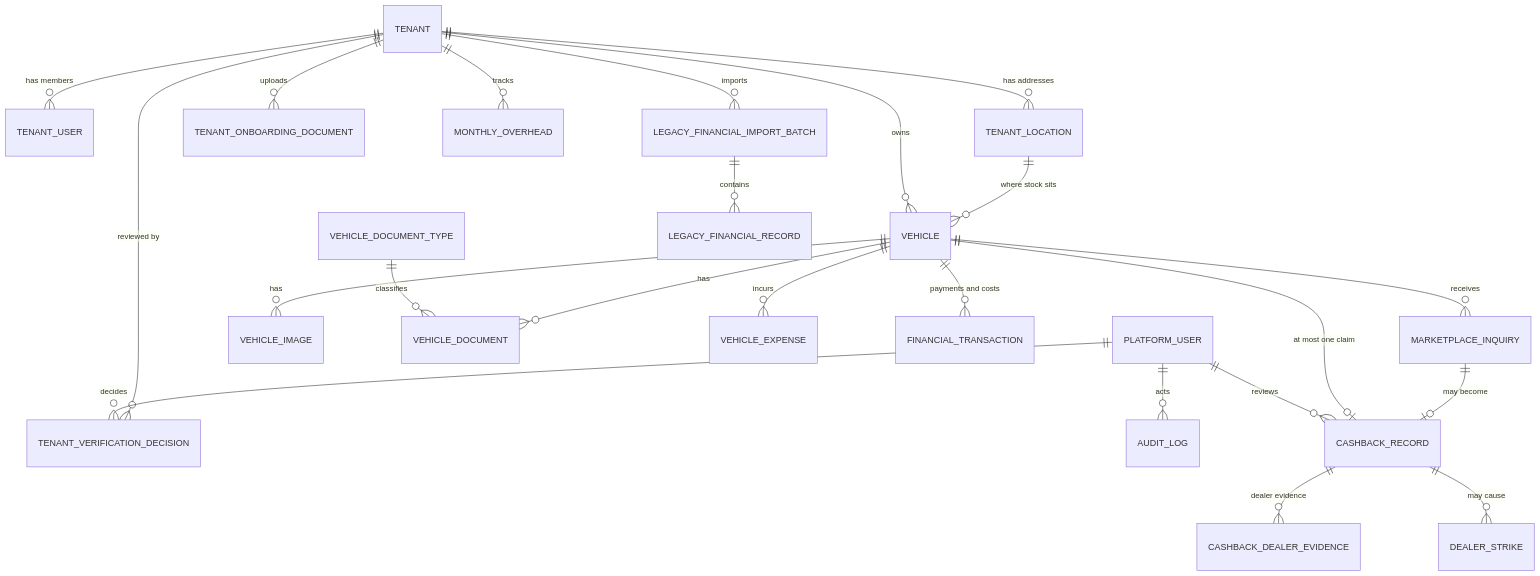
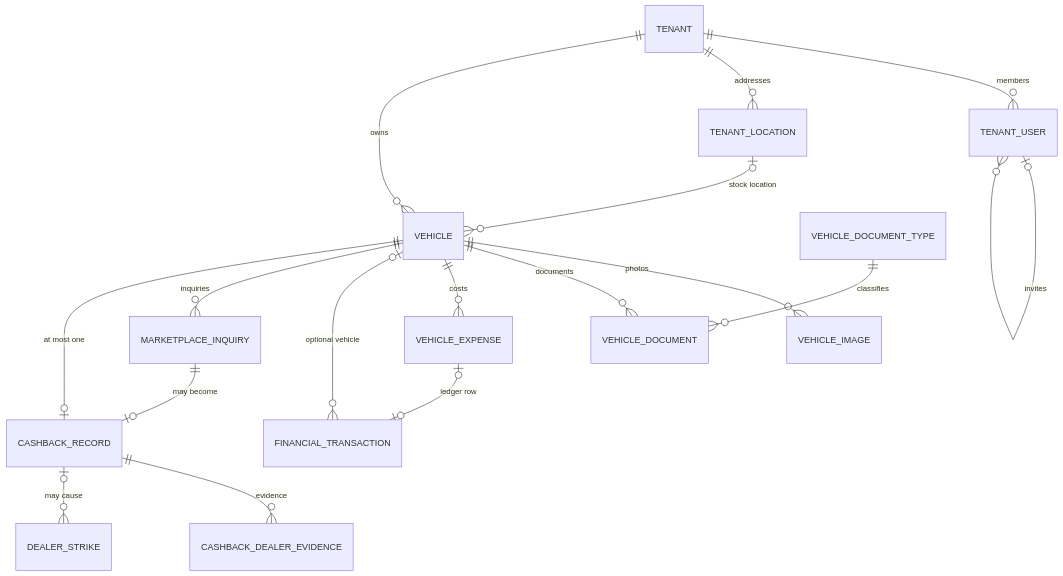
Before and after one commit to cto-dryvhub/dyvhub-docs: the first of 5 diagrams in docs/developers/data-model.md, drawn with Mermaid. The commit also changed other lines of this file and 1 other file, not shown here.

Commit message:
docs: diagram the current PostgreSQL relationships on the data model page

````diff
--- a/docs/developers/data-model.md
+++ b/docs/developers/data-model.md
@@ -21,25 +29,19 @@
 ```mermaid
 erDiagram
-  TENANT ||--o{ TENANT_USER : "has members"
-  TENANT ||--o{ TENANT_LOCATION : "has addresses"
-  TENANT_LOCATION ||--o{ VEHICLE : "where stock sits"
+  TENANT ||--o{ TENANT_USER : members
+  TENANT_USER |o--o{ TENANT_USER : invites
+  TENANT ||--o{ TENANT_LOCATION : addresses
+  TENANT_LOCATION |o--o{ VEHICLE : "stock location"
   TENANT ||--o{ VEHICLE : owns
-  TENANT ||--o{ TENANT_ONBOARDING_DOCUMENT : uploads
-  TENANT ||--o{ TENANT_VERIFICATION_DECISION : "reviewed by"
-  PLATFORM_USER ||--o{ TENANT_VERIFICATION_DECISION : decides
-  PLATFORM_USER ||--o{ AUDIT_LOG : acts
-  VEHICLE ||--o{ VEHICLE_IMAGE : has
-  VEHICLE ||--o{ VEHICLE_DOCUMENT : has
+  VEHICLE ||--o{ VEHICLE_IMAGE : photos
+  VEHICLE ||--o{ VEHICLE_DOCUMENT : documents
   VEHICLE_DOCUMENT_TYPE ||--o{ VEHICLE_DOCUMENT : classifies
-  VEHICLE ||--o{ VEHICLE_EXPENSE : incurs
-  VEHICLE ||--o{ FINANCIAL_TRANSACTION : "payments and costs"
-  VEHICLE ||--o{ MARKETPLACE_INQUIRY : receives
+  VEHICLE ||--o{ VEHICLE_EXPENSE : costs
+  VEHICLE_EXPENSE |o--o| FINANCIAL_TRANSACTION : "ledger row"
+  VEHICLE |o--o{ FINANCIAL_TRANSACTION : "optional vehicle"
+  VEHICLE ||--o{ MARKETPLACE_INQUIRY : inquiries
   MARKETPLACE_INQUIRY ||--o| CASHBACK_RECORD : "may become"
-  VEHICLE ||--o| CASHBACK_RECORD : "at most one claim"
-  CASHBACK_RECORD ||--o{ CASHBACK_DEALER_EVIDENCE : "dealer evidence"
-  CASHBACK_RECORD ||--o{ DEALER_STRIKE : "may cause"
-  PLATFORM_USER ||--o{ CASHBACK_RECORD : reviews
-  TENANT ||--o{ MONTHLY_OVERHEAD : tracks
-  TENANT ||--o{ LEGACY_FINANCIAL_IMPORT_BATCH : imports
-  LEGACY_FINANCIAL_IMPORT_BATCH ||--o{ LEGACY_FINANCIAL_RECORD : contains
+  VEHICLE ||--o| CASHBACK_RECORD : "at most one"
+  CASHBACK_RECORD ||--o{ CASHBACK_DEALER_EVIDENCE : evidence
+  CASHBACK_RECORD |o--o{ DEALER_STRIKE : "may cause"
 ```
````
